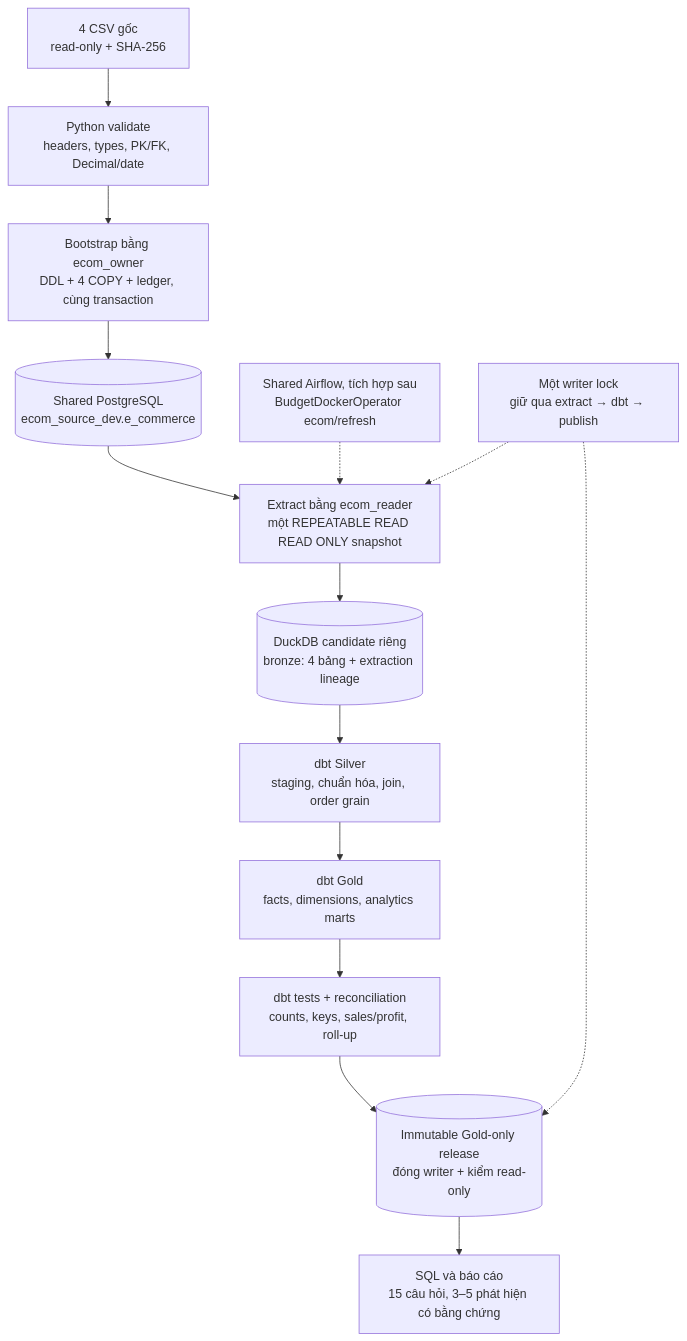
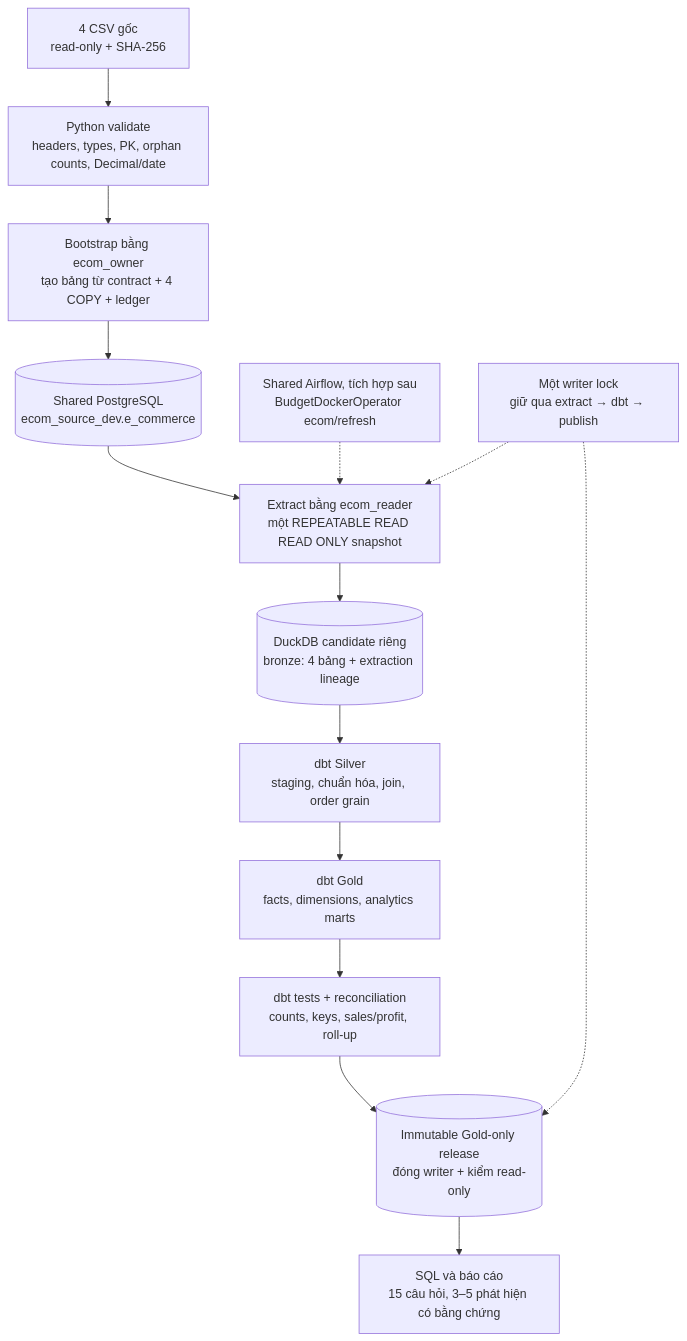
Before and after one commit to PhucTruong11/E_commerce_pipeline: the diagram in docs/architecture.md, drawn with Mermaid. The commit also changed other lines of this file and 22 other files, not shown here.

````diff
--- a/docs/architecture.md
+++ b/docs/architecture.md
@@ -7,16 +7,16 @@
 ```mermaid
 flowchart TB
-    CSV["4 CSV gốc<br/>read-only + SHA-256"] --> CHECK["Python validate<br/>headers, types, PK/FK, Decimal/date"]
-    CHECK --> BOOT["Bootstrap bằng ecom_owner<br/>DDL + 4 COPY + ledger, cùng transaction"]
+    CSV["4 CSV gốc<br/>read-only + SHA-256"] --> CHECK["Python validate<br/>headers, types, PK, orphan counts, Decimal/date"]
+    CHECK --> BOOT["Bootstrap bằng ecom_owner<br/>tạo bảng từ contract + 4 COPY + ledger"]
     BOOT --> PG[("Shared PostgreSQL<br/>ecom_source_dev.e_commerce")]
     PG --> EX["Extract bằng ecom_reader<br/>một REPEATABLE READ READ ONLY snapshot"]
     EX --> B[("DuckDB candidate riêng<br/>bronze: 4 bảng + extraction lineage")]
     B --> S["dbt Silver<br/>staging, chuẩn hóa, join, order grain"]
     S --> G["dbt Gold<br/>facts, dimensions, analytics marts"]
     G --> QA["dbt tests + reconciliation<br/>counts, keys, sales/profit, roll-up"]
     QA --> RELEASE[("Immutable Gold-only release<br/>đóng writer + kiểm read-only")]
     RELEASE --> INSIGHT["SQL và báo cáo<br/>15 câu hỏi, 3–5 phát hiện có bằng chứng"]
     AF["Shared Airflow, tích hợp sau<br/>BudgetDockerOperator ecom/refresh"] -.-> EX
     LOCK["Một writer lock<br/>giữ qua extract → dbt → publish"] -.-> EX
     LOCK -.-> RELEASE
 ```
````
